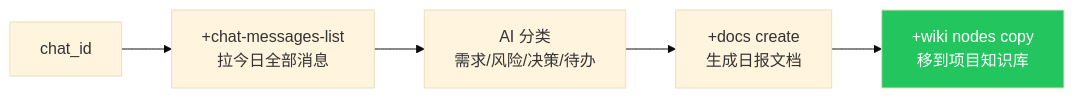
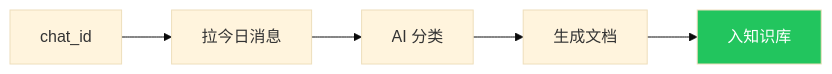
Diagram 12 of 16 in lark-cli/index.md (ymzlsy/wiki), drawn with Mermaid (base theme) before and after one commit. The commit also changed other lines of this file and 2 other files, not shown here.

First line of the commit message:
feat(lark-cli): rewrite Ch1 vs 智能伙伴/智能体 + shrink mermaid diagrams

````diff
--- a/lark-cli/index.md
+++ b/lark-cli/index.md
@@ -1006,9 +1039,5 @@
 ```mermaid
 flowchart LR
-    A[chat_id] --> B[+chat-messages-list<br/>拉今日全部消息]
-    B --> C[AI 分类<br/>需求/风险/决策/待办]
-    C --> D[+docs create<br/>生成日报文档]
-    D --> E[+wiki nodes copy<br/>移到项目知识库]
-
+    A[chat_id] --> B[拉今日消息] --> C[AI 分类] --> D[生成文档] --> E[入知识库]
     style E fill:#22c55e,color:#fff
 ```
````
